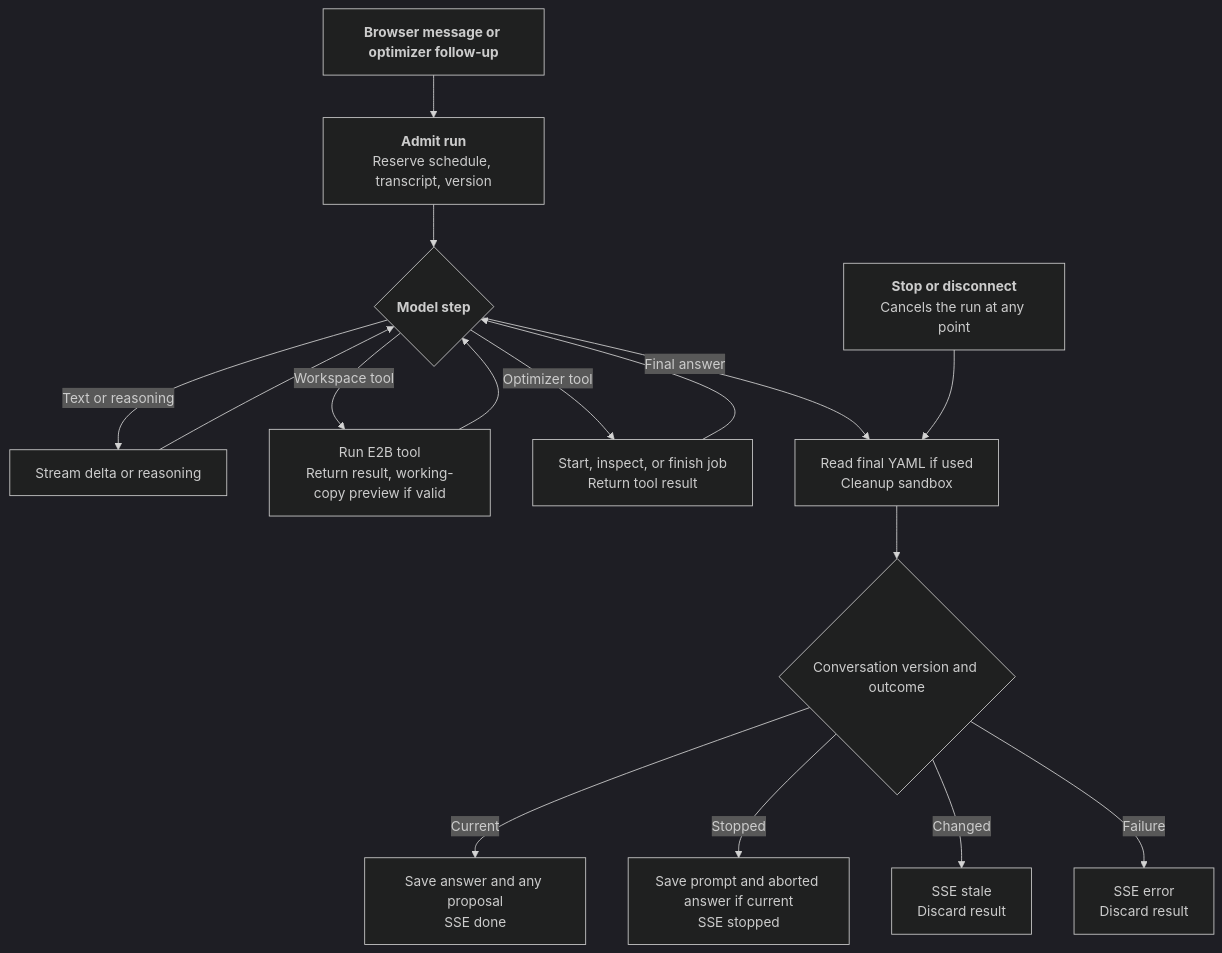
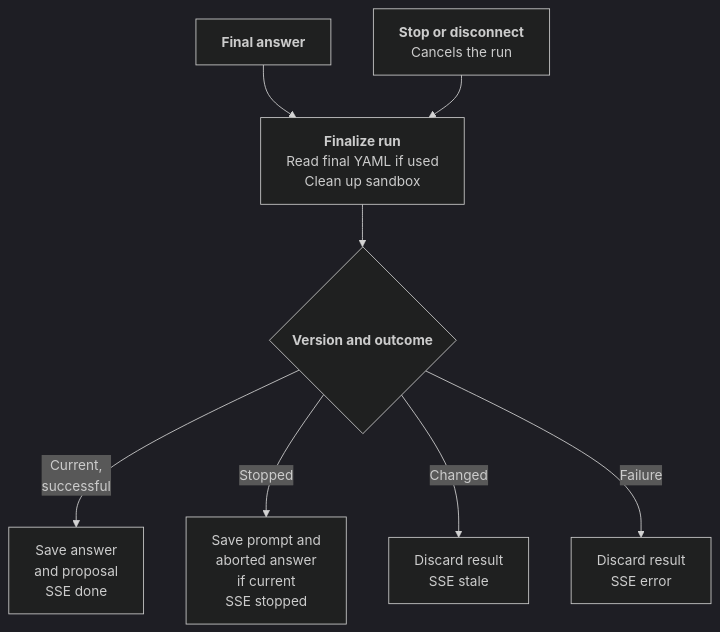
One commit to j3soon/nurse-scheduling changed the fifth of 14 diagrams in docs/content/developer-guide/ai-assistant.md. Above: the diagram before and after it, drawn with Mermaid (dark theme). The commit also changed other lines of this file, not shown here.

First line of the commit message:
docs: fit AI assistant diagrams to desktop content width

````diff
--- a/docs/content/developer-guide/ai-assistant.md
+++ b/docs/content/developer-guide/ai-assistant.md
@@ -245,16 +273,12 @@
 ```mermaid
 flowchart TB
-    Start[<b>Browser message or optimizer follow-up</b>] --> Admit[<b>Admit run</b><br/>Reserve schedule, transcript, version]
-    Admit --> Step{<b>Model step</b>}
-    Step -->|Text or reasoning| Text[Stream delta or reasoning] --> Step
-    Step -->|Workspace tool| Tool[Run E2B tool<br/>Return result, working-copy preview if valid] --> Step
-    Step -->|Optimizer tool| Job[Start, inspect, or finish job<br/>Return tool result] --> Step
-    Step -->|Final answer| Cleanup[Read final YAML if used<br/>Cleanup sandbox]
-    Stop[<b>Stop or disconnect</b><br/>Cancels the run at any point] --> Cleanup
-    Cleanup --> Check{Conversation version and outcome}
-    Check -->|Current| Done[Save answer and any proposal<br/>SSE done]
-    Check -->|Stopped| Stopped[Save prompt and aborted answer if current<br/>SSE stopped]
-    Check -->|Changed| Stale[SSE stale<br/>Discard result]
-    Check -->|Failure| Error[SSE error<br/>Discard result]
+    Answer[<b>Final answer</b>] --> Cleanup
+    Stop[<b>Stop or disconnect</b><br/>Cancels the run] --> Cleanup
+    Cleanup[<b>Finalize run</b><br/>Read final YAML if used<br/>Clean up sandbox]
+    Cleanup --> Check{<b>Version and outcome</b>}
+    Check -->|Current,<br/>successful| Done[Save answer<br/>and proposal<br/>SSE done]
+    Check -->|Stopped| Stopped[Save prompt and<br/>aborted answer<br/>if current<br/>SSE stopped]
+    Check -->|Changed| Stale[Discard result<br/>SSE stale]
+    Check -->|Failure| Error[Discard result<br/>SSE error]
 
 ```
````
